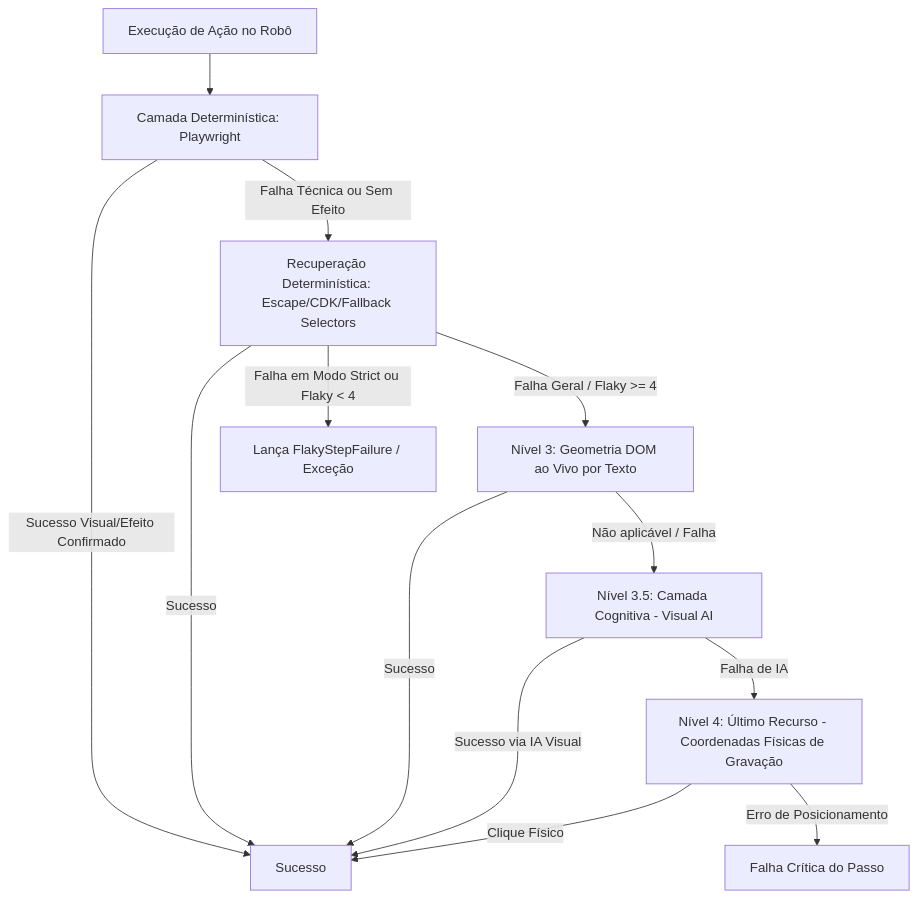
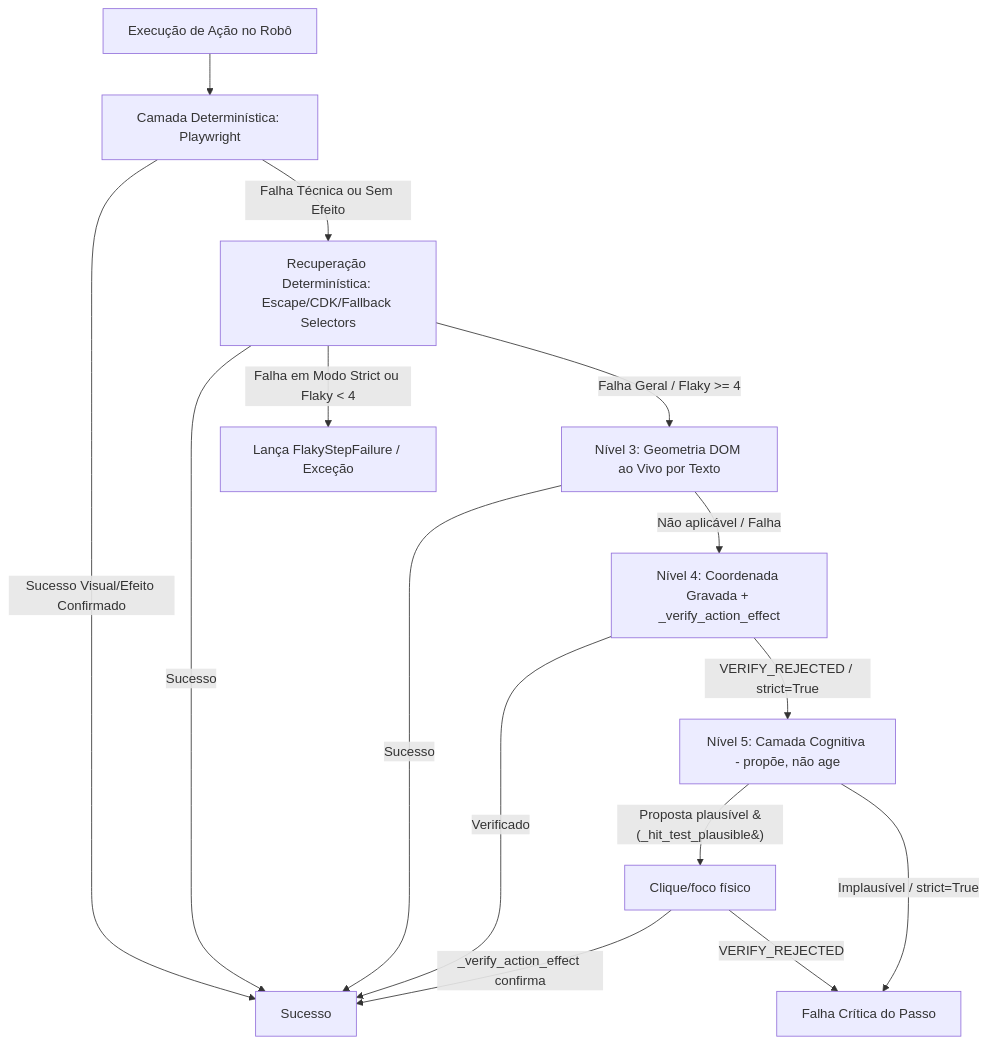
One commit to dseto/aegis_rpa_suite changed the diagram in aegis_runner/aegis_runner.md. Above: the diagram before and after it, drawn with Mermaid. The commit also changed other lines of this file and 1 other file, not shown here.

````diff
--- a/aegis_runner/aegis_runner.md
+++ b/aegis_runner/aegis_runner.md
@@ -15,15 +17,17 @@
 ```mermaid
 graph TD
     A[Execução de Ação no Robô] --> B[Camada Determinística: Playwright]
     B -->|Sucesso Visual/Efeito Confirmado| C[Sucesso]
     B -->|Falha Técnica ou Sem Efeito| D[Recuperação Determinística: Escape/CDK/Fallback Selectors]
     D -->|Sucesso| C
     D -->|Falha em Modo Strict ou Flaky < 4| E[Lança FlakyStepFailure / Exceção]
     D -->|Falha Geral / Flaky >= 4| G3[Nível 3: Geometria DOM ao Vivo por Texto]
     G3 -->|Sucesso| C
-    G3 -->|Não aplicável / Falha| F[Nível 3.5: Camada Cognitiva - Visual AI]
-    F -->|Sucesso via IA Visual| C
-    F -->|Falha de IA| G[Nível 4: Último Recurso - Coordenadas Físicas de Gravação]
-    G -->|Clique Físico| C
-    G -->|Erro de Posicionamento| H[Falha Crítica do Passo]
+    G3 -->|Não aplicável / Falha| G4[Nível 4: Coordenada Gravada + _verify_action_effect]
+    G4 -->|Verificado| C
+    G4 -->|VERIFY_REJECTED / strict=True| F[Nível 5: Camada Cognitiva - propõe, não age]
+    F -->|Proposta plausível &#40;_hit_test_plausible&#41;| F2[Clique/foco físico]
+    F -->|Implausível / strict=True| H[Falha Crítica do Passo]
+    F2 -->|_verify_action_effect confirma| C
+    F2 -->|VERIFY_REJECTED| H
 ```
````
